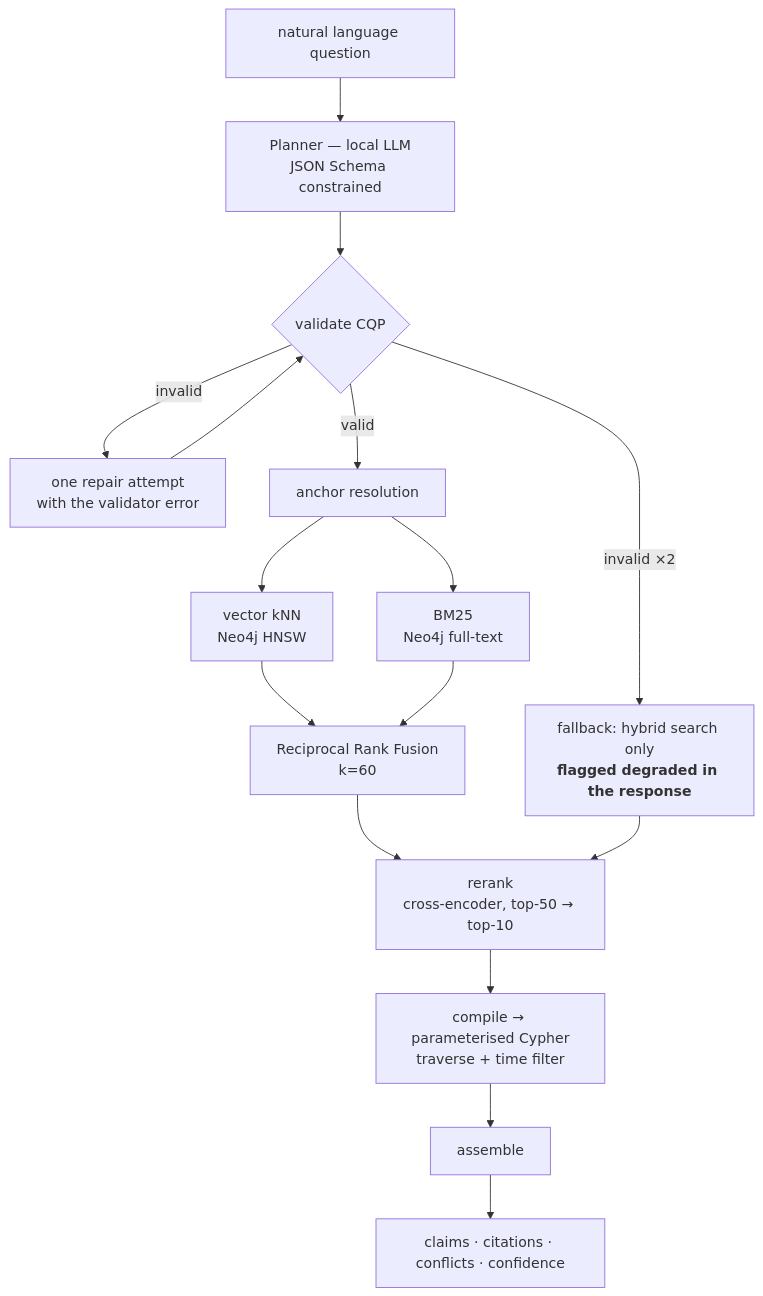
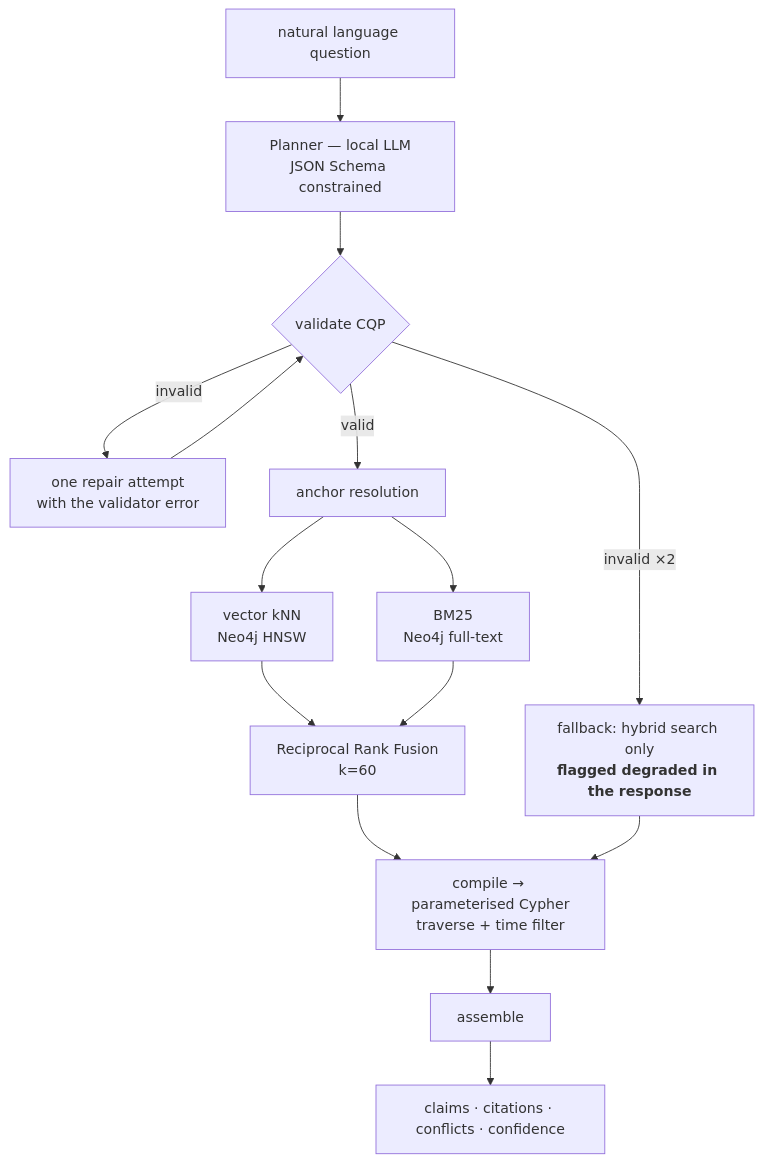
The diagram in docs/06-retrieval.md (Olek-on4/winning-context-app), drawn with Mermaid before and after one commit. The commit also changed other lines of this file and 14 other files, not shown here.

````diff
--- a/docs/06-retrieval.md
+++ b/docs/06-retrieval.md
@@ -88,18 +87,17 @@
 ```mermaid
 flowchart TB
     Q["natural language question"] --> PL["Planner — local LLM<br/>JSON Schema constrained"]
     PL --> V{"validate CQP"}
     V -->|invalid| RP["one repair attempt<br/>with the validator error"]
     RP --> V
     V -->|invalid ×2| FB["fallback: hybrid search only<br/><b>flagged degraded in the response</b>"]
     V -->|valid| AN["anchor resolution"]
 
     AN --> H1["vector kNN<br/>Neo4j HNSW"]
     AN --> H2["BM25<br/>Neo4j full-text"]
     H1 & H2 --> RRF["Reciprocal Rank Fusion<br/>k=60"]
-    RRF --> RR["rerank<br/>cross-encoder, top-50 → top-10"]
-    RR --> TR["compile → parameterised Cypher<br/>traverse + time filter"]
-    FB --> RR
+    RRF --> TR["compile → parameterised Cypher<br/>traverse + time filter"]
+    FB --> TR
     TR --> AS["assemble"]
     AS --> OUT["claims · citations · conflicts · confidence"]
 ```
````
